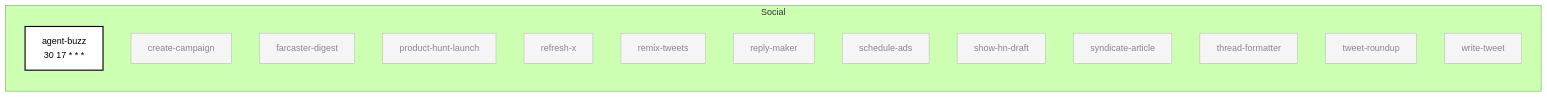
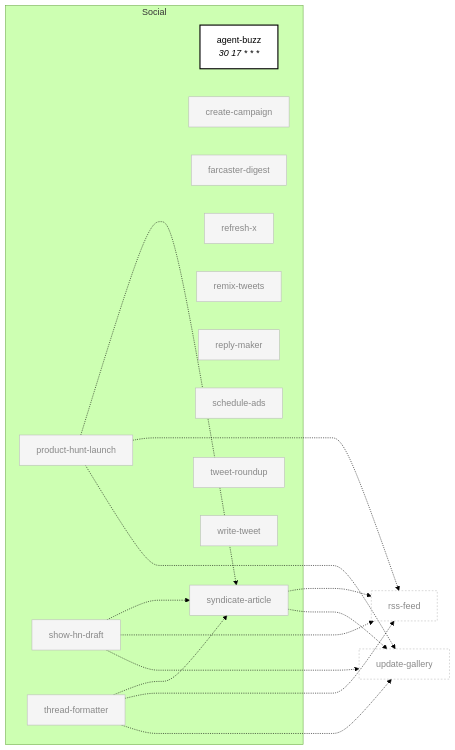
The sixth of 7 diagrams in docs/skill-graph.md (anajuliabit/aeon), drawn with Mermaid (forest theme) before and after one commit. The commit also changed other lines of this file and 2 other files, not shown here.

First line of the commit message:
docs(skill-graph): regenerate map — 3 new skills, 16 newly enabled, 160 new edges

````diff
--- a/docs/skill-graph.md
+++ b/docs/skill-graph.md
@@ -341,37 +479,60 @@
 ```mermaid
 flowchart LR
-    subgraph social [" Social "]
-        direction TB
-        agent-buzz["agent-buzz<br/>30 17 * * *"]:::enabled
-        create-campaign[create-campaign]:::disabled
-        farcaster-digest[farcaster-digest]:::disabled
-        product-hunt-launch[product-hunt-launch]:::disabled
-        refresh-x[refresh-x]:::disabled
-        remix-tweets[remix-tweets]:::disabled
-        reply-maker[reply-maker]:::disabled
-        schedule-ads[schedule-ads]:::disabled
-        show-hn-draft[show-hn-draft]:::disabled
-        syndicate-article[syndicate-article]:::disabled
-        thread-formatter[thread-formatter]:::disabled
-        tweet-roundup[tweet-roundup]:::disabled
-        write-tweet[write-tweet]:::disabled
+    subgraph social_cluster["Social"]
+      agent-buzz["agent-buzz<br/><i>30 17 * * *</i>"]
+      create-campaign["create-campaign"]
+      farcaster-digest["farcaster-digest"]
+      product-hunt-launch["product-hunt-launch"]
+      refresh-x["refresh-x"]
+      remix-tweets["remix-tweets"]
+      reply-maker["reply-maker"]
+      schedule-ads["schedule-ads"]
+      show-hn-draft["show-hn-draft"]
+      syndicate-article["syndicate-article"]
+      thread-formatter["thread-formatter"]
+      tweet-roundup["tweet-roundup"]
+      write-tweet["write-tweet"]
     end
-
+    product-hunt-launch -..-> syndicate-article
+    show-hn-draft -..-> syndicate-article
+    thread-formatter -..-> syndicate-article
+    rss-feed_ext["rss-feed"]:::external
+    product-hunt-launch -..-> rss-feed_ext
+    update-gallery_ext["update-gallery"]:::external
+    product-hunt-launch -..-> update-gallery_ext
+    show-hn-draft -..-> rss-feed_ext
+    show-hn-draft -..-> update-gallery_ext
+    syndicate-article -..-> rss-feed_ext
+    syndicate-article -..-> update-gallery_ext
+    thread-formatter -..-> rss-feed_ext
+    thread-formatter -..-> update-gallery_ext
+    class agent-buzz enabled
     click agent-buzz "../skills/agent-buzz/SKILL.md"
+    class create-campaign disabled
     click create-campaign "../skills/create-campaign/SKILL.md"
+    class farcaster-digest disabled
     click farcaster-digest "../skills/farcaster-digest/SKILL.md"
+    class product-hunt-launch disabled
     click product-hunt-launch "../skills/product-hunt-launch/SKILL.md"
+    class refresh-x disabled
     click refresh-x "../skills/refresh-x/SKILL.md"
+    class remix-tweets disabled
     click remix-tweets "../skills/remix-tweets/SKILL.md"
+    class reply-maker disabled
     click reply-maker "../skills/reply-maker/SKILL.md"
+    class schedule-ads disabled
     click schedule-ads "../skills/schedule-ads/SKILL.md"
+    class show-hn-draft disabled
     click show-hn-draft "../skills/show-hn-draft/SKILL.md"
+    class syndicate-article disabled
     click syndicate-article "../skills/syndicate-article/SKILL.md"
+    class thread-formatter disabled
     click thread-formatter "../skills/thread-formatter/SKILL.md"
+    class tweet-roundup disabled
     click tweet-roundup "../skills/tweet-roundup/SKILL.md"
+    class write-tweet disabled
     click write-tweet "../skills/write-tweet/SKILL.md"
-
     classDef enabled fill:#fff,stroke:#000,stroke-width:2px,color:#000
     classDef disabled fill:#f5f5f5,stroke:#bbb,color:#888
     classDef external fill:none,stroke:#bbb,stroke-dasharray:3 3,color:#888
 ```
````
